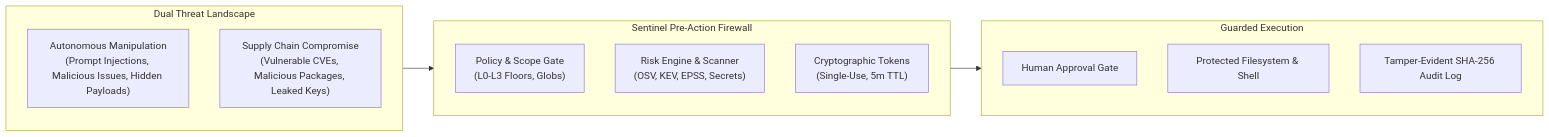
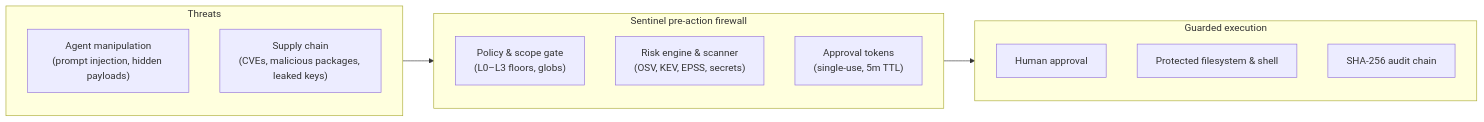
The first of 3 diagrams in README.md (adriennie/Sentinel-cli), drawn with Mermaid before and after one commit. The commit also changed other lines of this file and 2 other files, not shown here.

````diff
--- a/README.md
+++ b/README.md
@@ -19,22 +51,21 @@
 ```mermaid
 graph LR
-    subgraph Threats["Dual Threat Landscape"]
-        T1["Autonomous Manipulation<br/>(Prompt Injections, Malicious Issues, Hidden Payloads)"]
-        T2["Supply Chain Compromise<br/>(Vulnerable CVEs, Malicious Packages, Leaked Keys)"]
+    subgraph Threats["Threats"]
+        T1["Agent manipulation<br/>(prompt injection, hidden payloads)"]
+        T2["Supply chain<br/>(CVEs, malicious packages, leaked keys)"]
     end
 
-    subgraph SentinelEngine["Sentinel Pre-Action Firewall"]
-        P1["Policy & Scope Gate<br/>(L0-L3 Floors, Globs)"]
-        P2["Risk Engine & Scanner<br/>(OSV, KEV, EPSS, Secrets)"]
-        P3["Cryptographic Tokens<br/>(Single-Use, 5m TTL)"]
+    subgraph Sentinel["Sentinel pre-action firewall"]
+        P1["Policy & scope gate<br/>(L0–L3 floors, globs)"]
+        P2["Risk engine & scanner<br/>(OSV, KEV, EPSS, secrets)"]
+        P3["Approval tokens<br/>(single-use, 5m TTL)"]
     end
 
-    subgraph Execution["Guarded Execution"]
-        E1["Human Approval Gate"]
-        E2["Protected Filesystem & Shell"]
-        E3["Tamper-Evident SHA-256 Audit Log"]
+    subgraph Execution["Guarded execution"]
+        E1["Human approval"]
+        E2["Protected filesystem & shell"]
+        E3["SHA-256 audit chain"]
     end
 
-    Threats --> SentinelEngine
-    SentinelEngine --> Execution
+    Threats --> Sentinel --> Execution
 ```
````
